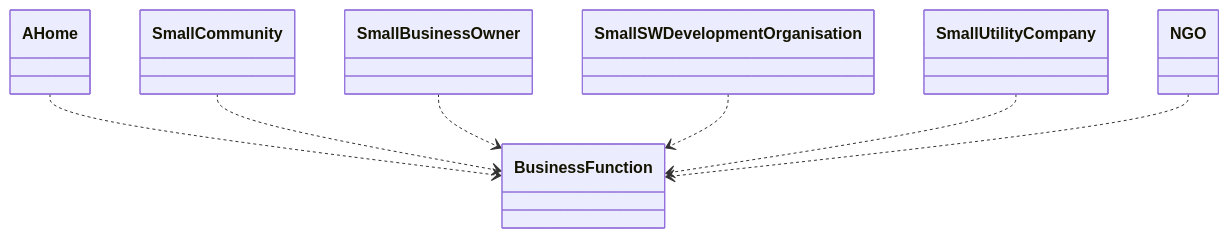
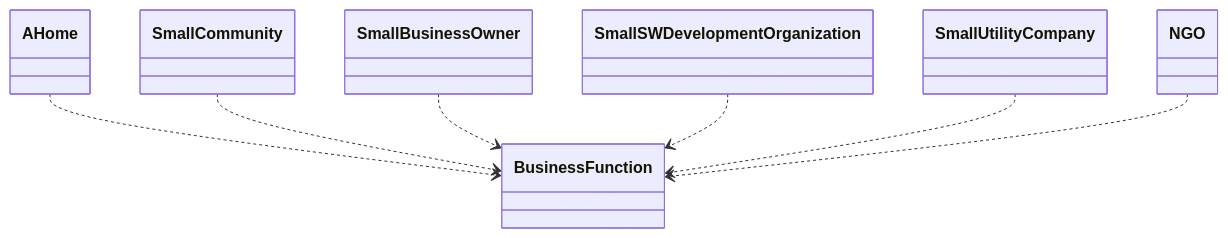
The second of 3 diagrams in Documentation/Architecture/Capabilities.md (TAPPaaS/TAPPaaS), drawn with Mermaid before and after one commit. The commit also changed other lines of this file and 16 other files, not shown here.

````diff
--- a/Documentation/Architecture/Capabilities.md
+++ b/Documentation/Architecture/Capabilities.md
@@ -34,10 +34,10 @@
 ```mermaid
 classDiagram
   A Home ..> Business Function
   Small Community ..> Business Function
   Small Business Owner ..> Business Function
-  Small SW Development Organisation ..> Business Function
+  Small SW Development Organization ..> Business Function
   Small Utility Company ..> Business Function
   NGO ..> Business Function
   
 ```
````
